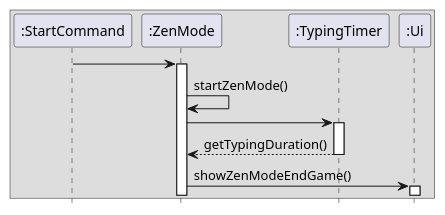
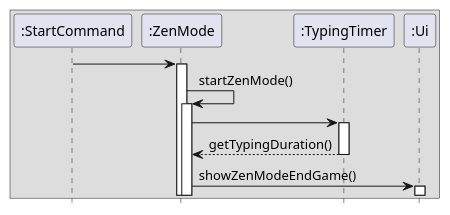
One commit to AY2425S2-CS2113-F13-2/tp changed the diagram in docs/diagrams/ZenModeSequenceDiagram.puml. Above: the diagram before and after it, drawn with PlantUML. The commit also changed 5 other files, not shown here.

Commit message:
Update TypingAccuracy sequence diagram

```diff
--- a/docs/diagrams/ZenModeSequenceDiagram.puml
+++ b/docs/diagrams/ZenModeSequenceDiagram.puml
@@ -1,20 +1,20 @@
 @startuml
 'https://plantuml.com/sequence-diagram
 hide footbox
 
 
 box
 participant ":StartCommand" as StartCommand
 participant ":ZenMode" as ZenMode
 participant ":TypingTimer" as TypingTimer
 participant ":Ui" as Ui
 
 StartCommand -> ZenMode
 activate ZenMode
-ZenMode -> ZenMode: startZenMode()
+ZenMode -> ZenMode ++: startZenMode()
 ZenMode -> TypingTimer ++
 return getTypingDuration()
 ZenMode -> Ui ++ : showZenModeEndGame()
 
 end box
 @enduml
```
